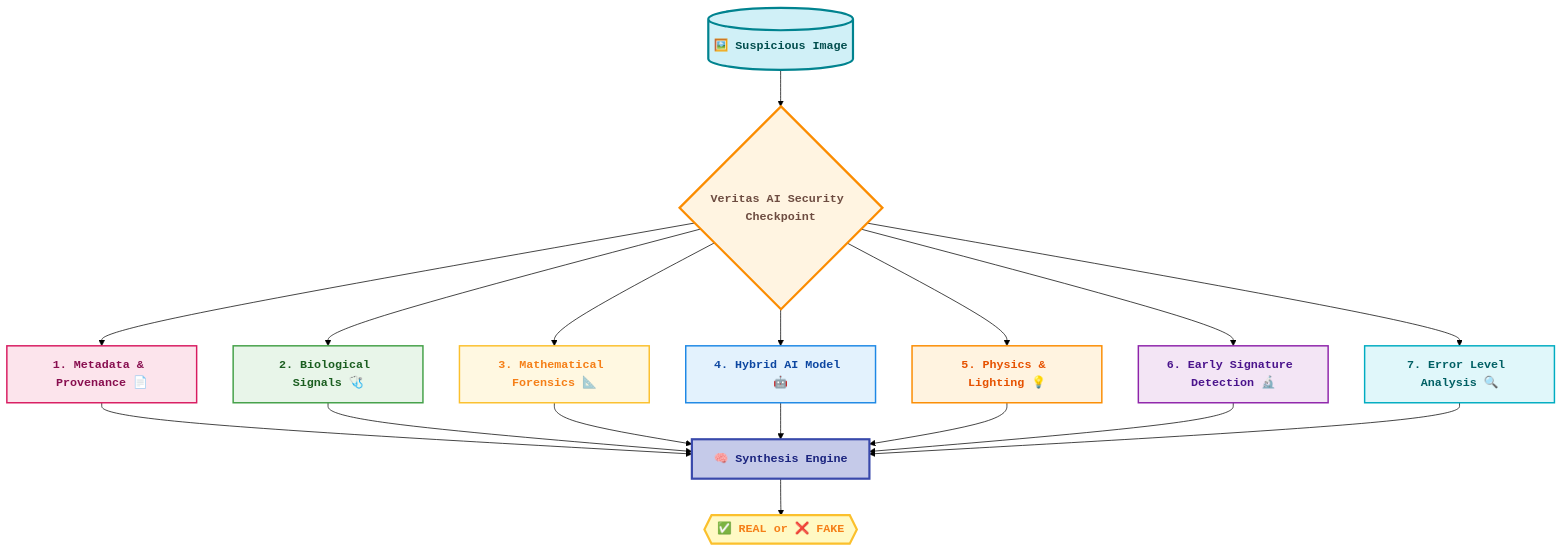
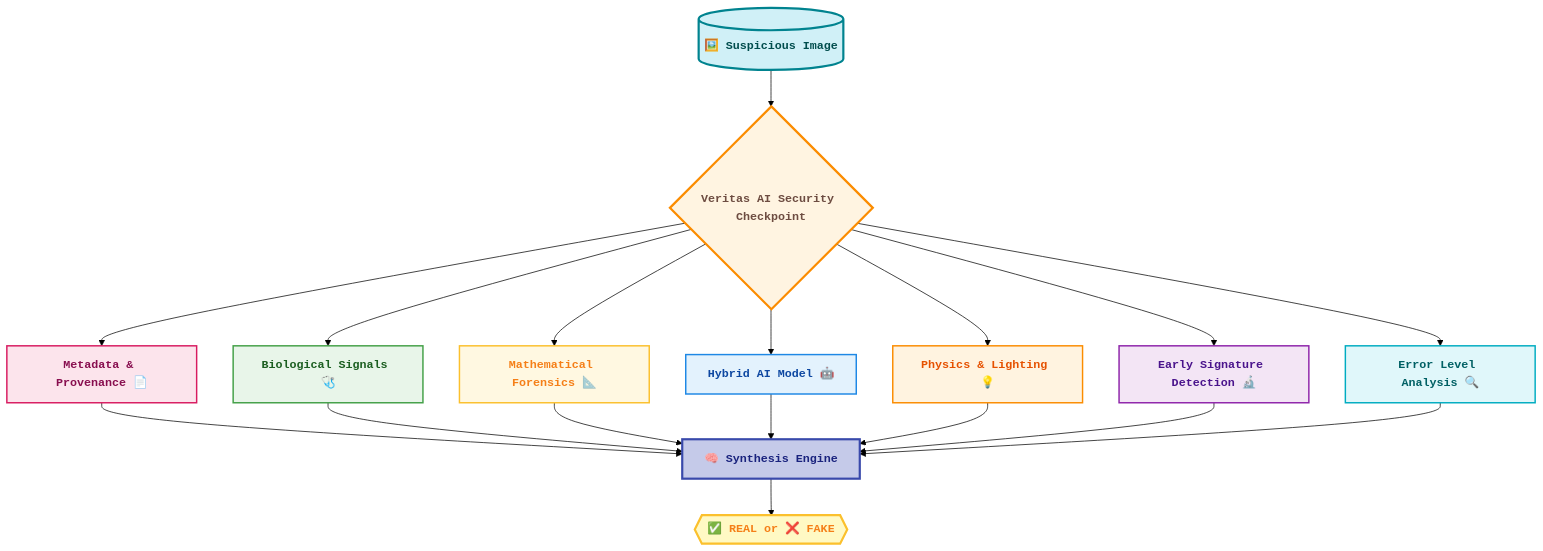
One commit to tanish19078/veritas-ai changed the diagram in README.md. Above: the diagram before and after it, drawn with Mermaid (forest theme).

````diff
--- a/README.md
+++ b/README.md
@@ -8,38 +8,38 @@
 ```mermaid
 graph TD
     %% Input
     Input[("🖼️ Suspicious Image")]:::inputStyle
     Gate{Veritas AI Security Checkpoint}:::gateStyle
 
     %% 7 Layers
-    L1["1. Metadata & Provenance 📄"]:::layer1
-    L2["2. Biological Signals 🩺"]:::layer2
-    L3["3. Mathematical Forensics 📐"]:::layer3
-    L4["4. Hybrid AI Model 🤖"]:::layer4
-    L5["5. Physics & Lighting 💡"]:::layer5
-    L6["6. Early Signature Detection 🔬"]:::layer6
-    L7["7. Error Level Analysis 🔍"]:::layer7
+    L1["Metadata & Provenance 📄"]:::layer1
+    L2["Biological Signals 🩺"]:::layer2
+    L3["Mathematical Forensics 📐"]:::layer3
+    L4["Hybrid AI Model 🤖"]:::layer4
+    L5["Physics & Lighting 💡"]:::layer5
+    L6["Early Signature Detection 🔬"]:::layer6
+    L7["Error Level Analysis 🔍"]:::layer7
 
     %% Analysis & Verdict
     Analysis["🧠 Synthesis Engine"]:::analysis
     Verdict{{"✅ REAL or ❌ FAKE"}}:::verdict
 
     %% Connections
     Input --> Gate
     Gate --> L1 & L2 & L3 & L4 & L5 & L6 & L7
     L1 & L2 & L3 & L4 & L5 & L6 & L7 --> Analysis --> Verdict
 
     %% Styling
     classDef inputStyle fill:#d0f0f7,stroke:#00838f,stroke-width:3px,color:#004d4d,font-weight:bold,font-family:monospace
     classDef gateStyle fill:#fff4e1,stroke:#fb8c00,stroke-width:3px,color:#6d4c41,font-weight:bold,font-family:monospace
     classDef layer1 fill:#fce4ec,stroke:#d81b60,stroke-width:2px,color:#880e4f,font-weight:bold,font-family:monospace
     classDef layer2 fill:#e8f5e9,stroke:#43a047,stroke-width:2px,color:#1b5e20,font-weight:bold,font-family:monospace
     classDef layer3 fill:#fff8e1,stroke:#fbc02d,stroke-width:2px,color:#f57f17,font-weight:bold,font-family:monospace
     classDef layer4 fill:#e3f2fd,stroke:#1e88e5,stroke-width:2px,color:#0d47a1,font-weight:bold,font-family:monospace
     classDef layer5 fill:#fff3e0,stroke:#fb8c00,stroke-width:2px,color:#e65100,font-weight:bold,font-family:monospace
     classDef layer6 fill:#f3e5f5,stroke:#8e24aa,stroke-width:2px,color:#4a148c,font-weight:bold,font-family:monospace
     classDef layer7 fill:#e0f7fa,stroke:#00acc1,stroke-width:2px,color:#006064,font-weight:bold,font-family:monospace
     classDef analysis fill:#c5cae9,stroke:#3949ab,stroke-width:3px,color:#1a237e,font-weight:bold,font-family:monospace
     classDef verdict fill:#fff9c4,stroke:#fbc02d,stroke-width:3px,color:#f57f17,font-weight:bold,font-family:monospace
 
 ```
````
